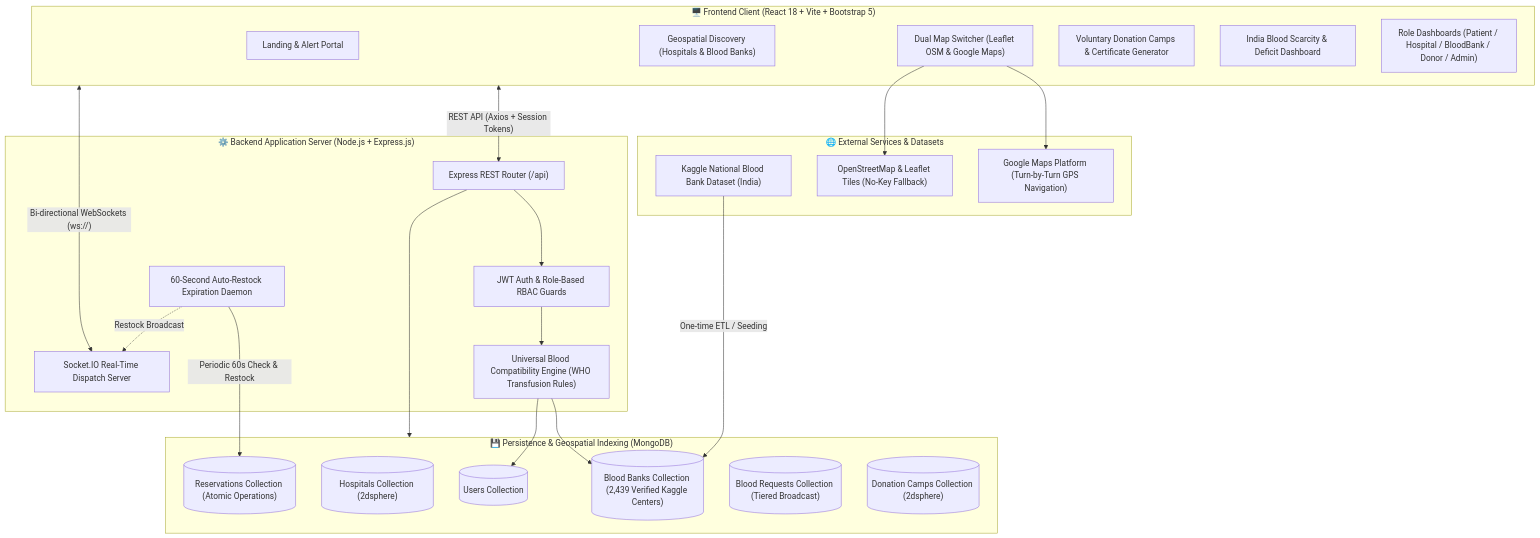
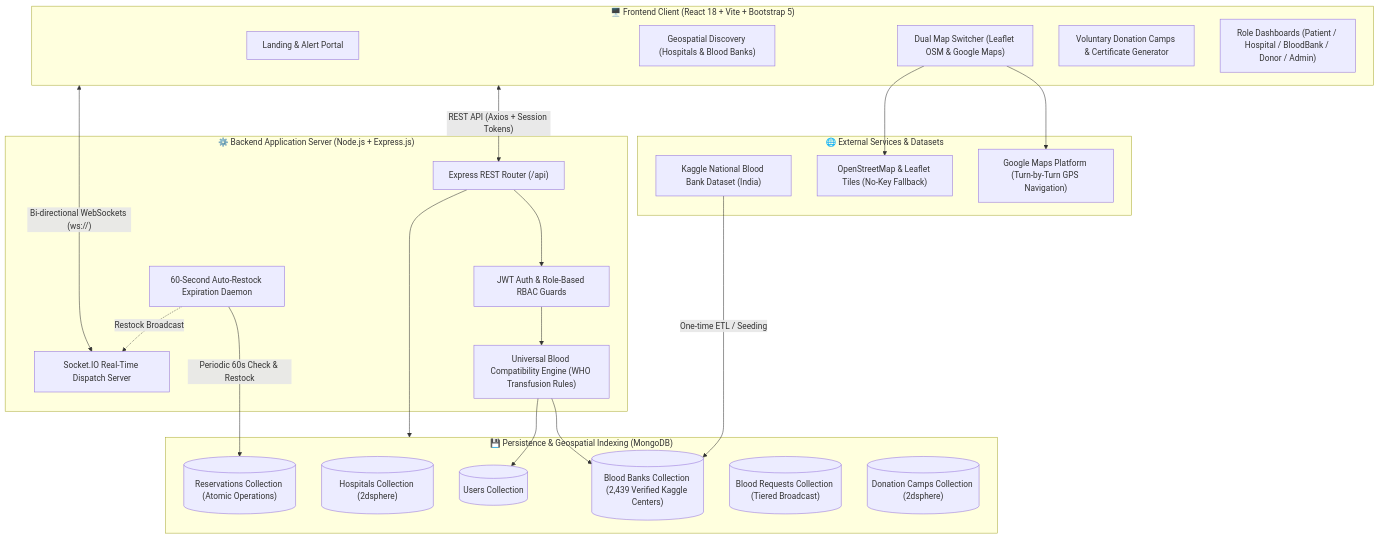
The first of 4 diagrams in README.md (CharudattaPatil-AC/Vital-Link), drawn with Mermaid before and after one commit. The commit also changed other lines of this file and 6 other files, not shown here.

Commit message:
refactor: remove scarcity analytics module, backend endpoints, and routes

````diff
--- a/README.md
+++ b/README.md
@@ -35,48 +34,47 @@
 ```mermaid
 flowchart TD
     subgraph ClientLayer["🖥️ Frontend Client (React 18 + Vite + Bootstrap 5)"]
         UI_Home["Landing & Alert Portal"]
         UI_Search["Geospatial Discovery (Hospitals & Blood Banks)"]
         UI_DualMap["Dual Map Switcher (Leaflet OSM & Google Maps)"]
         UI_Camps["Voluntary Donation Camps & Certificate Generator"]
-        UI_Analytics["India Blood Scarcity & Deficit Dashboard"]
         UI_Dashboards["Role Dashboards (Patient / Hospital / BloodBank / Donor / Admin)"]
     end
 
     subgraph APILayer["⚙️ Backend Application Server (Node.js + Express.js)"]
         Router["Express REST Router (/api)"]
         AuthMiddleware["JWT Auth & Role-Based RBAC Guards"]
         CompatEngine["Universal Blood Compatibility Engine (WHO Transfusion Rules)"]
         SocketServer["Socket.IO Real-Time Dispatch Server"]
         CleanupDaemon["60-Second Auto-Restock Expiration Daemon"]
     end
 
     subgraph DataLayer["💾 Persistence & Geospatial Indexing (MongoDB)"]
         DB_Users[("Users Collection")]
         DB_Hospitals[("Hospitals Collection (2dsphere)")]
         DB_BloodBanks[("Blood Banks Collection (2,439 Verified Kaggle Centers)")]
         DB_Reservations[("Reservations Collection (Atomic Operations)")]
         DB_BloodRequests[("Blood Requests Collection (Tiered Broadcast)")]
         DB_DonationCamps[("Donation Camps Collection (2dsphere)")]
     end
 
     subgraph ExternalServices["🌐 External Services & Datasets"]
         Kaggle["Kaggle National Blood Bank Dataset (India)"]
         GMaps["Google Maps Platform (Turn-by-Turn GPS Navigation)"]
         OSM["OpenStreetMap & Leaflet Tiles (No-Key Fallback)"]
     end
 
     %% Connections
     ClientLayer <-->|"REST API (Axios + Session Tokens)"| Router
     ClientLayer <-->|"Bi-directional WebSockets (ws://)"| SocketServer
     Router --> AuthMiddleware
     AuthMiddleware --> CompatEngine
     CompatEngine --> DB_BloodBanks
     CompatEngine --> DB_Users
     Router --> DataLayer
     CleanupDaemon -->|"Periodic 60s Check & Restock"| DB_Reservations
     CleanupDaemon -.->|"Restock Broadcast"| SocketServer
     Kaggle -->|"One-time ETL / Seeding"| DB_BloodBanks
     UI_DualMap --> GMaps
     UI_DualMap --> OSM
 ```
````
